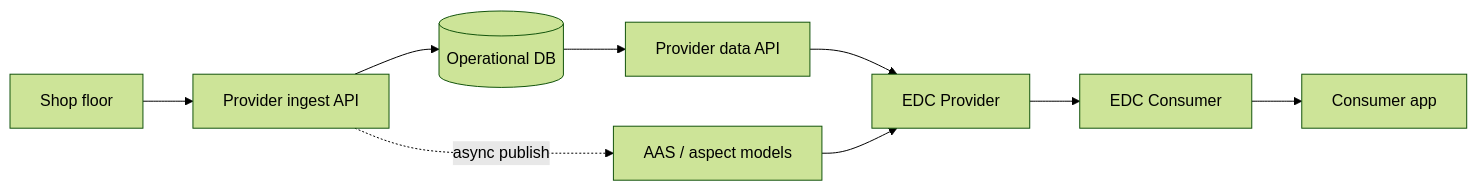
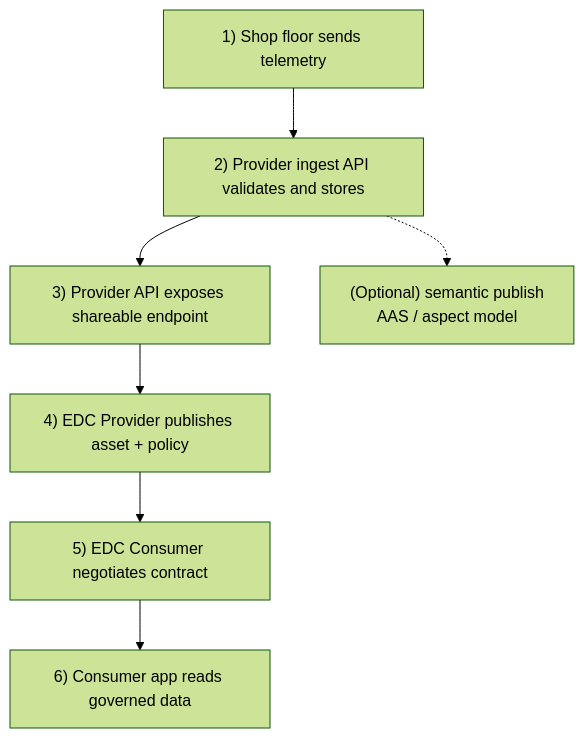
The second of 3 diagrams in readme.md (sumin-ma-1/catena-x-sw-sample), drawn with Mermaid (forest theme) before and after one commit. The commit also changed other lines of this file, not shown here.

Commit message:
Revise README to enhance clarity of architecture and data flow diagrams. Updated descriptions to reflect the role of EDC connectors and streamlined the overall presentation of the Catena-X data space structure.

````diff
--- a/readme.md
+++ b/readme.md
@@ -56,11 +37,13 @@
 ```mermaid
-flowchart LR
-  Edge["Shop floor"] --> ApiP["Provider ingest API"]
-  ApiP --> DbP[(Operational DB)]
-  ApiP -.->|"async publish"| Sem["AAS / aspect models"]
-  DbP --> Share["Provider data API"]
-  Share --> ConP["EDC Provider"]
-  ConP --> ConC["EDC Consumer"]
-  ConC --> AppC["Consumer app"]
-  Sem --> ConP
+flowchart TB
+  A["1) Shop floor sends telemetry"]
+  B["2) Provider ingest API validates and stores"]
+  C["3) Provider API exposes shareable endpoint"]
+  D["4) EDC Provider publishes asset + policy"]
+  E["5) EDC Consumer negotiates contract"]
+  F["6) Consumer app reads governed data"]
+  G["(Optional) semantic publish\nAAS / aspect model"]
+
+  A --> B --> C --> D --> E --> F
+  B -.-> G
 ```
````
